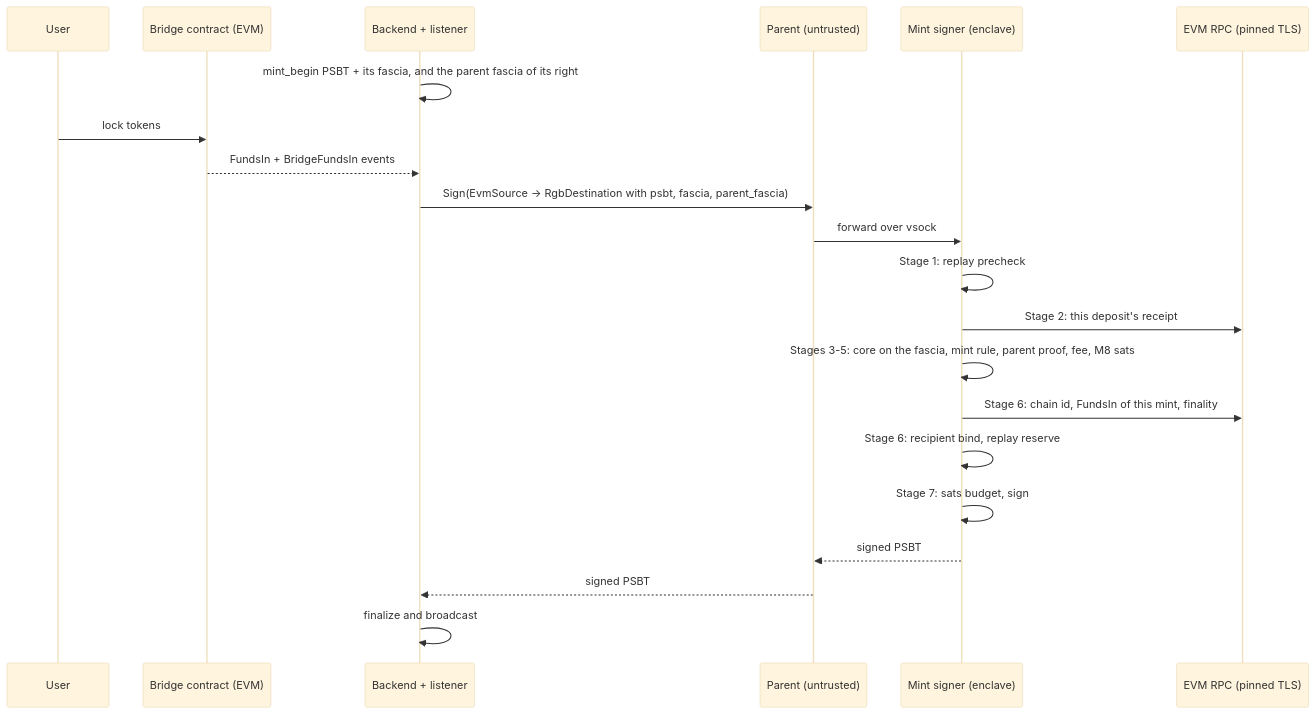
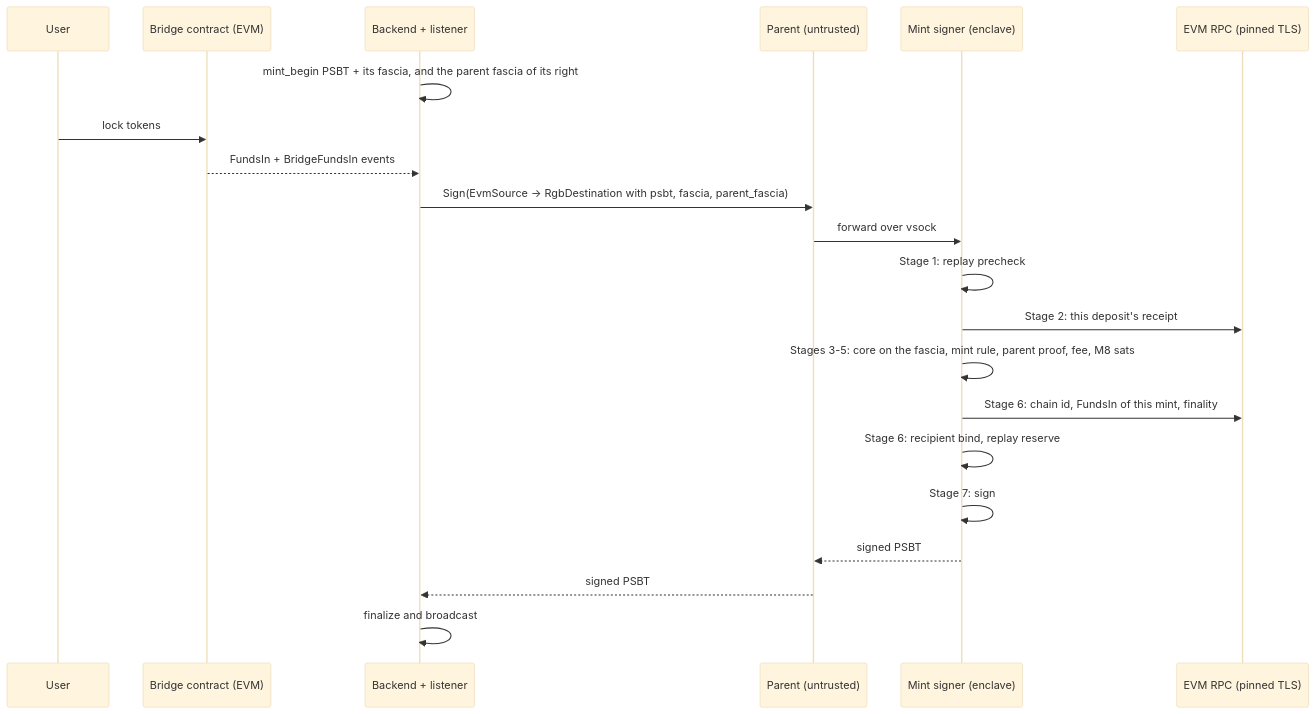
Before and after one commit to UTEXO-Protocol/enclave-signer: the diagram in docs/mint-flow.md, drawn with Mermaid (base theme). The commit also changed other lines of this file and 34 other files, not shown here.

````diff
--- a/docs/mint-flow.md
+++ b/docs/mint-flow.md
@@ -126,24 +94,24 @@
 ```mermaid
 sequenceDiagram
     participant U as User
     participant C as Bridge contract (EVM)
     participant L as Backend + listener
     participant P as Parent (untrusted)
     participant E as Mint signer (enclave)
     participant R as EVM RPC (pinned TLS)
 
     L->>L: mint_begin PSBT + its fascia, and the parent fascia of its right
     U->>C: lock tokens
     C-->>L: FundsIn + BridgeFundsIn events
     L->>P: Sign(EvmSource -> RgbDestination with psbt, fascia, parent_fascia)
     P->>E: forward over vsock
     E->>E: Stage 1: replay precheck
     E->>R: Stage 2: this deposit's receipt
     E->>E: Stages 3-5: core on the fascia, mint rule, parent proof, fee, M8 sats
     E->>R: Stage 6: chain id, FundsIn of this mint, finality
     E->>E: Stage 6: recipient bind, replay reserve
-    E->>E: Stage 7: sats budget, sign
+    E->>E: Stage 7: sign
     E-->>P: signed PSBT
     P-->>L: signed PSBT
     L->>L: finalize and broadcast
 ```
````
